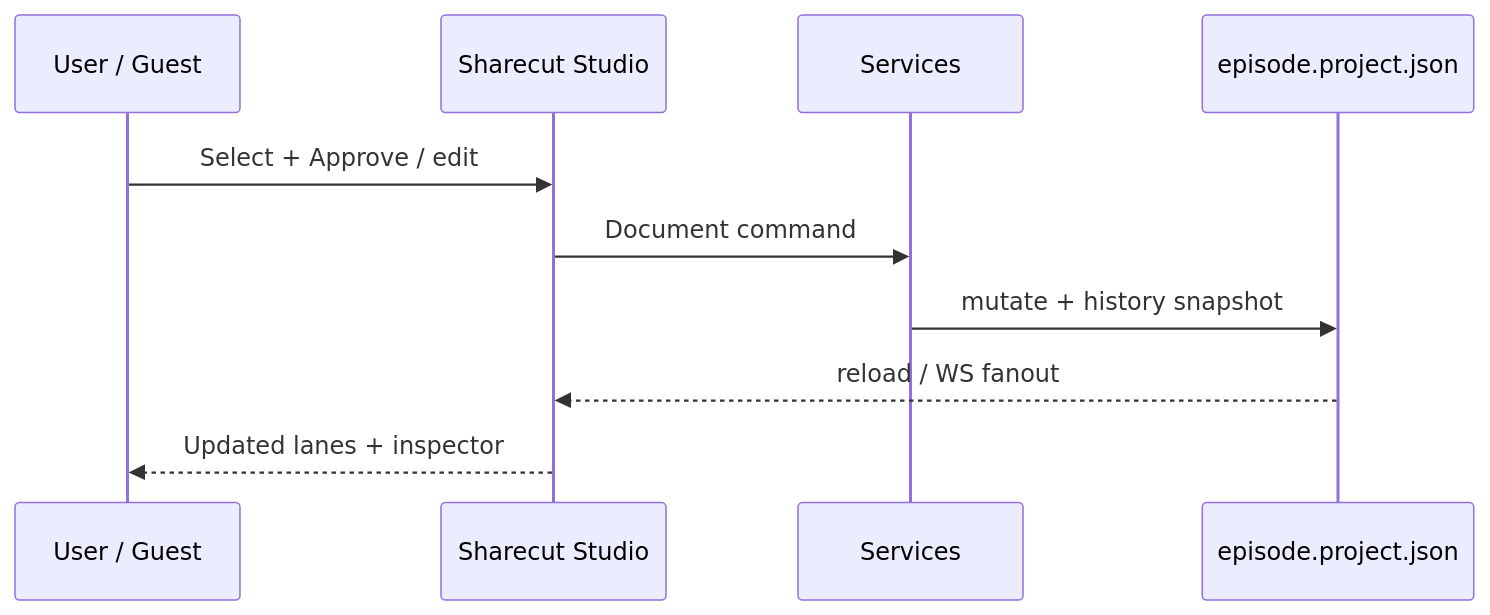
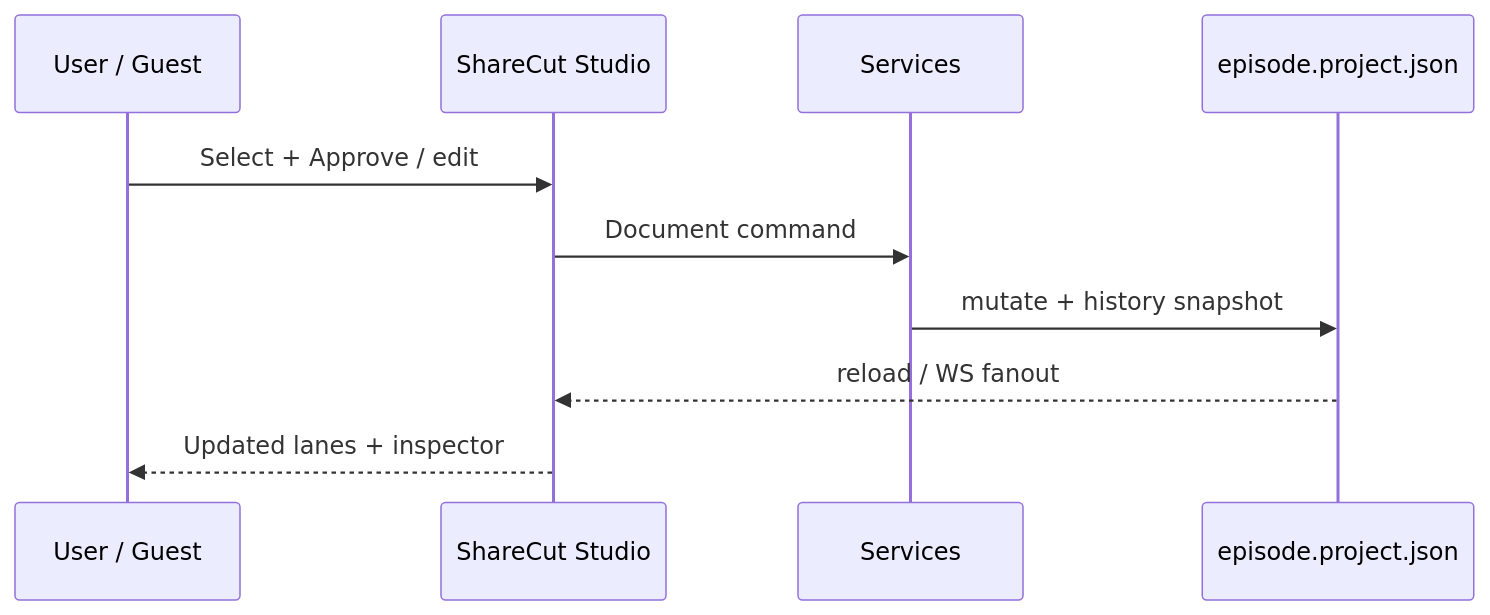
Before and after one commit to calebn/sharecut-studio: the second of 2 diagrams in ux/pages/domain-glossary.md, drawn with Mermaid. The commit also changed other lines of this file and 162 other files, not shown here.

First line of the commit message:
chore(brand): write ShareCut and ShareCut Studio with the capital C (#1923)

````diff
--- a/ux/pages/domain-glossary.md
+++ b/ux/pages/domain-glossary.md
@@ -257,12 +257,12 @@
 ```mermaid
 sequenceDiagram
   participant U as User / Guest
-  participant UI as Sharecut Studio
+  participant UI as ShareCut Studio
   participant S as Services
   participant P as episode.project.json
   U->>UI: Select + Approve / edit
   UI->>S: Document command
   S->>P: mutate + history snapshot
   P-->>UI: reload / WS fanout
   UI-->>U: Updated lanes + inspector
 ```
````
